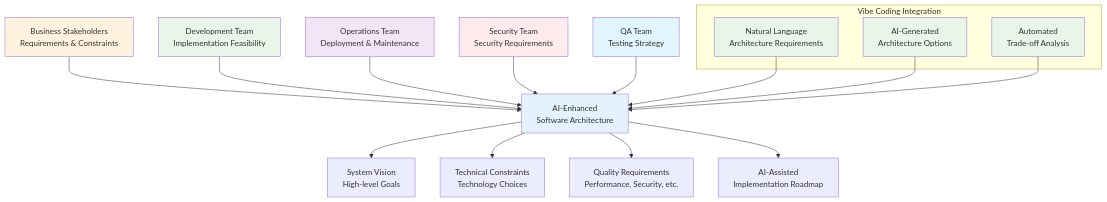
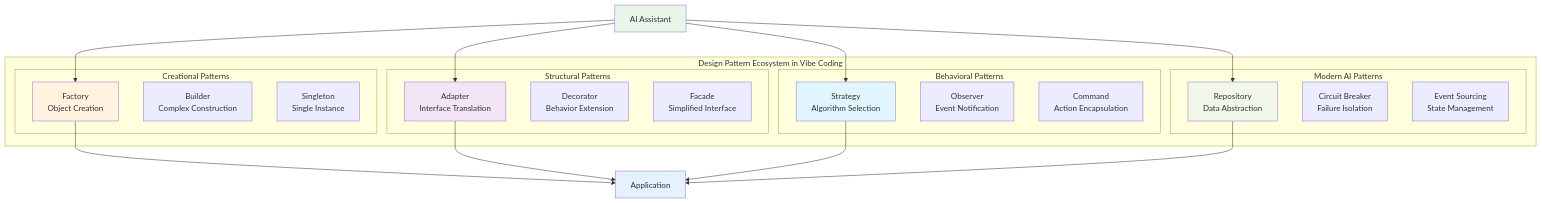
One commit to hunkim/VibeSoftwareEngineering changed the second of 3 diagrams in chapters/chapter-03.md. Above: the diagram before and after it, drawn with Mermaid. The commit also changed other lines of this file and 17 other files, not shown here.

First line of the commit message:
docs(chapters): update chapter-01.md to reflect vibe coding principles and philosophy

````diff
--- a/chapters/chapter-03.md
+++ b/chapters/chapter-03.md
@@ -82,33 +57,45 @@
 ```mermaid
 graph TD
-    A["Business Stakeholders<br/>Requirements & Constraints"] --> E["AI-Enhanced<br/>Software Architecture"]
-    B["Development Team<br/>Implementation Feasibility"] --> E
-    C["Operations Team<br/>Deployment & Maintenance"] --> E
-    D["Security Team<br/>Security Requirements"] --> E
-    F["QA Team<br/>Testing Strategy"] --> E
-    
-    subgraph "Vibe Coding Integration"
-        V1["Natural Language<br/>Architecture Requirements"]
-        V2["AI-Generated<br/>Architecture Options"]
-        V3["Automated<br/>Trade-off Analysis"]
+    subgraph "Design Pattern Ecosystem in Vibe Coding"
+        subgraph "Creational Patterns"
+            CP1["Factory<br/>Object Creation"]
+            CP2["Builder<br/>Complex Construction"]
+            CP3["Singleton<br/>Single Instance"]
+        end
+        
+        subgraph "Structural Patterns"
+            SP1["Adapter<br/>Interface Translation"]
+            SP2["Decorator<br/>Behavior Extension"]
+            SP3["Facade<br/>Simplified Interface"]
+        end
+        
+        subgraph "Behavioral Patterns"
+            BP1["Strategy<br/>Algorithm Selection"]
+            BP2["Observer<br/>Event Notification"]
+            BP3["Command<br/>Action Encapsulation"]
+        end
+        
+        subgraph "Modern AI Patterns"
+            AP1["Repository<br/>Data Abstraction"]
+            AP2["Circuit Breaker<br/>Failure Isolation"]
+            AP3["Event Sourcing<br/>State Management"]
+        end
     end
     
-    V1 --> E
-    V2 --> E
-    V3 --> E
+    AI["AI Assistant"] --> CP1
+    AI --> SP1
+    AI --> BP1
+    AI --> AP1
     
-    E --> G["System Vision<br/>High-level Goals"]
-    E --> H["Technical Constraints<br/>Technology Choices"]
-    E --> I["Quality Requirements<br/>Performance, Security, etc."]
-    E --> J["AI-Assisted<br/>Implementation Roadmap"]
+    CP1 --> APP["Application"]
+    SP1 --> APP
+    BP1 --> APP
+    AP1 --> APP
     
-    style E fill:#e3f2fd
-    style A fill:#fff3e0
-    style B fill:#e8f5e8
-    style C fill:#f3e5f5
-    style D fill:#ffebee
-    style F fill:#e1f5fe
-    style V1 fill:#e8f5e8
-    style V2 fill:#e8f5e8
-    style V3 fill:#e8f5e8
+    style AI fill:#e8f5e8
+    style APP fill:#e3f2fd
+    style CP1 fill:#fff3e0
+    style SP1 fill:#f3e5f5
+    style BP1 fill:#e1f5fe
+    style AP1 fill:#f1f8e9
 ```
````
